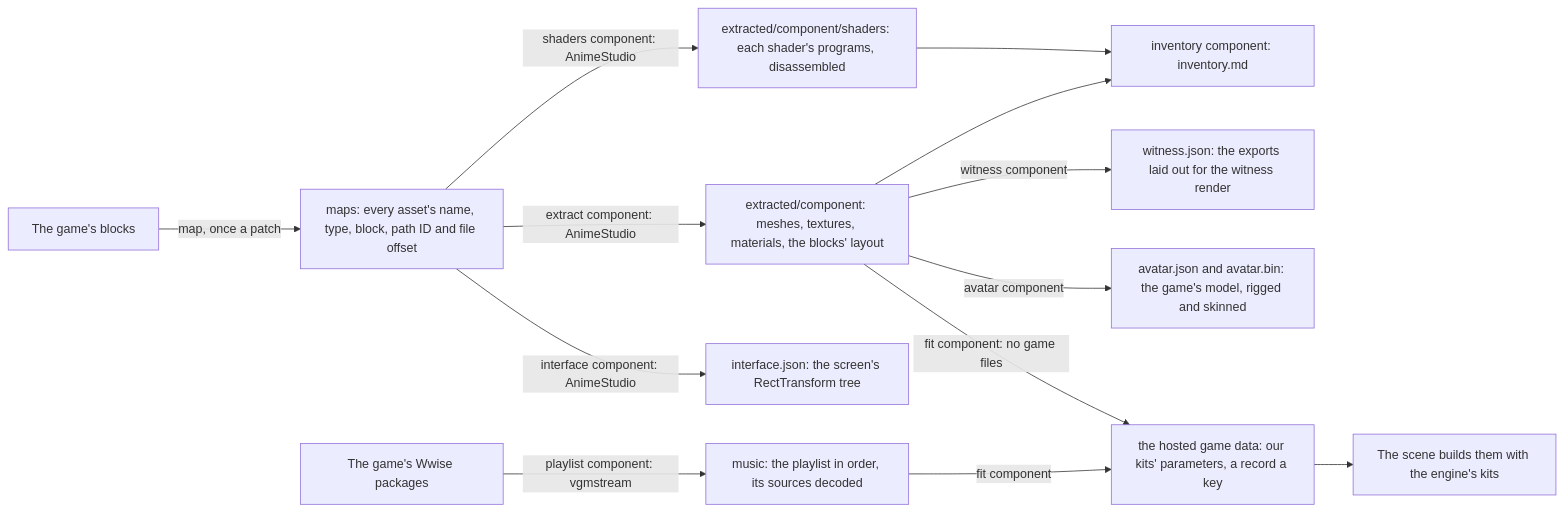
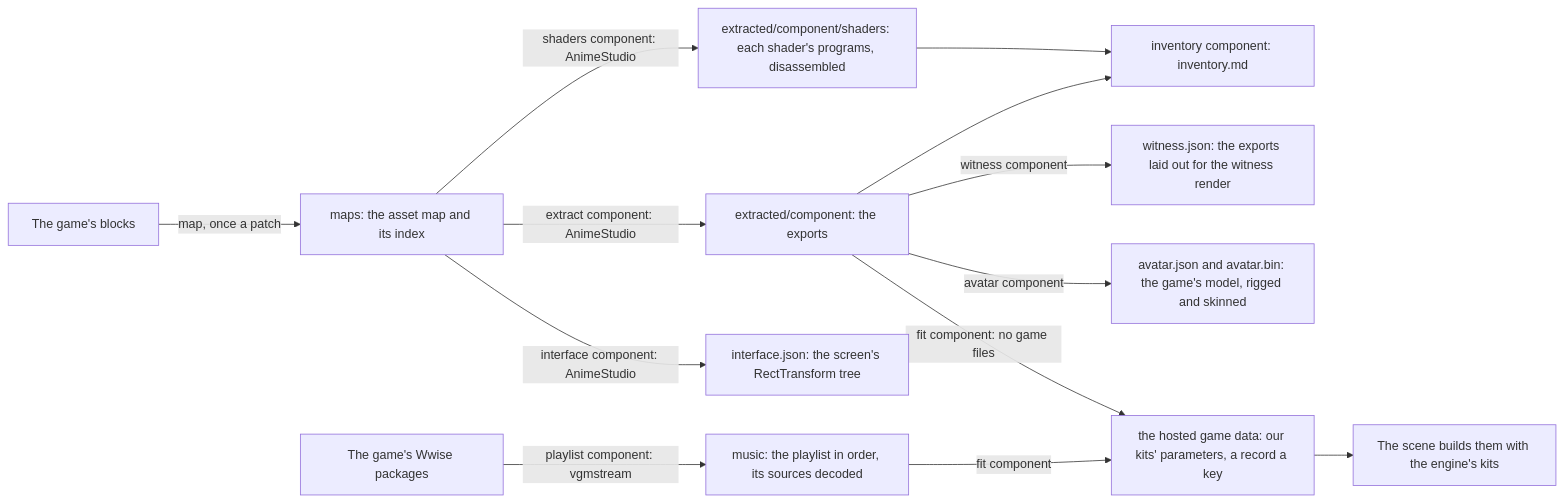
One commit to Esposter/Esposter changed the second of 2 diagrams in openspec/specs/genshin/derived-assets/design.md. Above: the diagram before and after it, drawn with Mermaid. The commit also changed other lines of this file and 13 other files, not shown here.

````diff
--- a/openspec/specs/genshin/derived-assets/design.md
+++ b/openspec/specs/genshin/derived-assets/design.md
@@ -28,15 +28,15 @@
 ```mermaid
 flowchart LR
-  B[The game's blocks] -->|"map, once a patch"| M["maps: every asset's name, type, block, path ID and file offset"]
-  M -->|"extract component: AnimeStudio"| E["extracted/component: meshes, textures, materials, the blocks' layout"]
+  B[The game's blocks] -->|"map, once a patch"| M["maps: the asset map and its index"]
+  M -->|"extract component: AnimeStudio"| E["extracted/component: the exports"]
   M -->|"shaders component: AnimeStudio"| S["extracted/component/shaders: each shader's programs, disassembled"]
   E --> I["inventory component: inventory.md"]
   S --> I
   E -->|"witness component"| W["witness.json: the exports laid out for the witness render"]
   E -->|"avatar component"| AV["avatar.json and avatar.bin: the game's model, rigged and skinned"]
   M -->|"interface component: AnimeStudio"| U["interface.json: the screen's RectTransform tree"]
   A[The game's Wwise packages] -->|"playlist component: vgmstream"| P["music: the playlist in order, its sources decoded"]
   P -->|"fit component"| D
   E -->|"fit component: no game files"| D["the hosted game data: our kits' parameters, a record a key"]
   D --> K[The scene builds them with the engine's kits]
 ```
````
